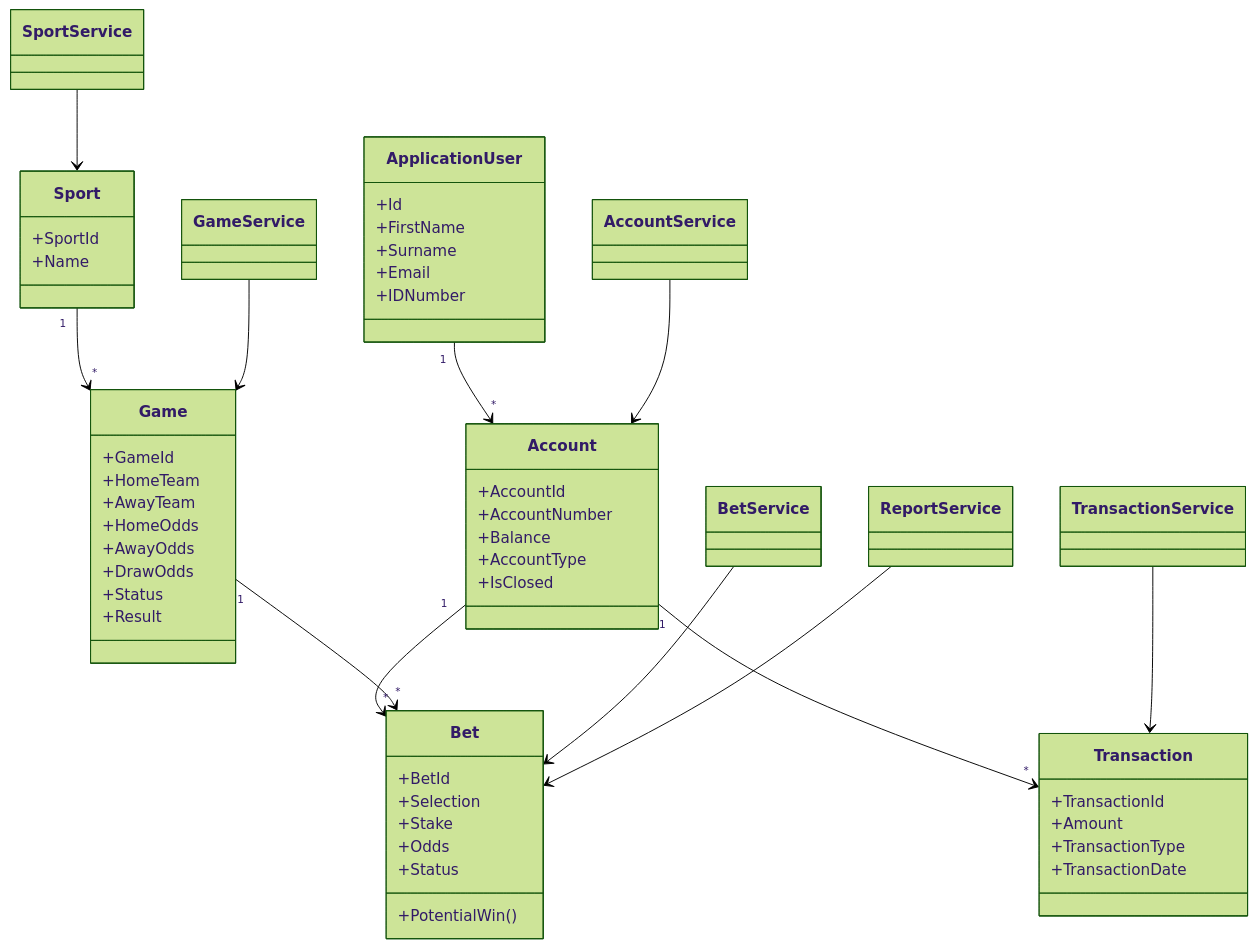
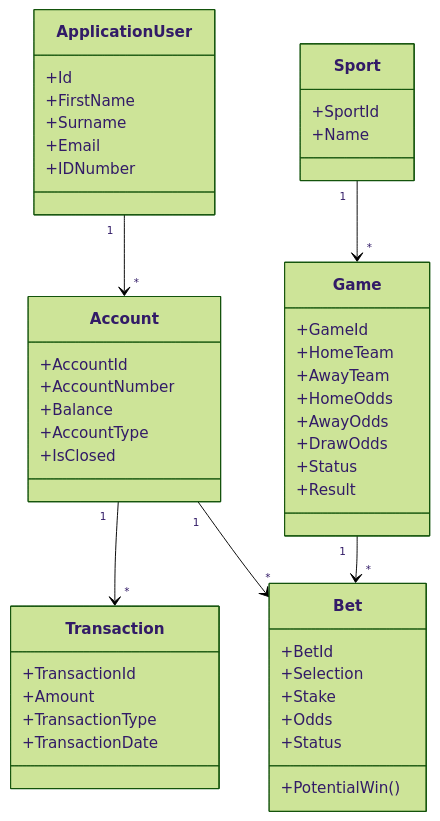
Before and after one commit to KL-Mdanjelwa/SpinaBets: the fourth of 6 diagrams in SpinaBets_Full_Documentation.md, drawn with Mermaid (forest theme).

````diff
--- a/SpinaBets_Full_Documentation.md
+++ b/SpinaBets_Full_Documentation.md
@@ -226,80 +226,63 @@
 ```mermaid
 classDiagram
 
 class ApplicationUser{
 +Id
 +FirstName
 +Surname
 +Email
 +IDNumber
 }
 
 class Account{
 +AccountId
 +AccountNumber
 +Balance
 +AccountType
 +IsClosed
 }
 
 class Transaction{
 +TransactionId
 +Amount
 +TransactionType
 +TransactionDate
 }
 
 class Sport{
 +SportId
 +Name
 }
 
 class Game{
 +GameId
 +HomeTeam
 +AwayTeam
 +HomeOdds
 +AwayOdds
 +DrawOdds
 +Status
 +Result
 }
 
 class Bet{
 +BetId
 +Selection
 +Stake
 +Odds
 +Status
 +PotentialWin()
 }
 
 ApplicationUser "1" --> "*" Account
 
 Account "1" --> "*" Transaction
 
 Account "1" --> "*" Bet
 
 Sport "1" --> "*" Game
 
 Game "1" --> "*" Bet
 
-class AccountService
 
-class TransactionService
-
-class BetService
-
-class SportService
-
-class GameService
-
-class ReportService
-
-AccountService --> Account
-TransactionService --> Transaction
-BetService --> Bet
-SportService --> Sport
-GameService --> Game
-ReportService --> Bet
 ```
````
